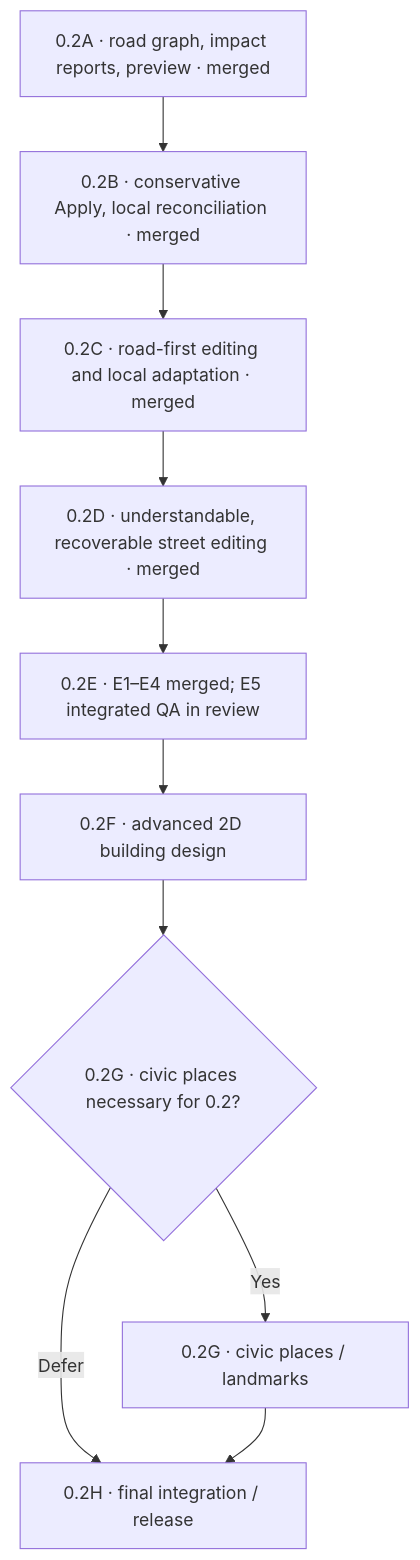
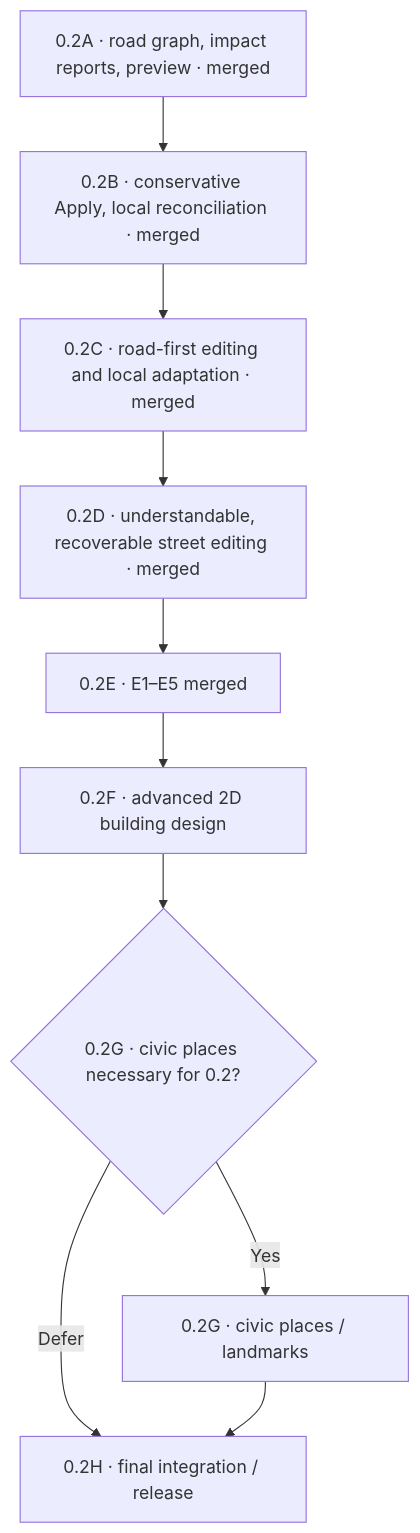
The diagram in docs/plans/0.2/README.md (xbwtyz/Mappo), drawn with Mermaid before and after one commit. The commit also changed other lines of this file and 14 other files, not shown here.

````diff
--- a/docs/plans/0.2/README.md
+++ b/docs/plans/0.2/README.md
@@ -15,12 +15,12 @@
 ```mermaid
 flowchart TD
   A["0.2A · road graph, impact reports, preview · merged"] --> B["0.2B · conservative Apply, local reconciliation · merged"]
   B --> C["0.2C · road-first editing and local adaptation · merged"]
   C --> D["0.2D · understandable, recoverable street editing · merged"]
-  D --> E["0.2E · E1–E4 merged; E5 integrated QA in review"]
+  D --> E["0.2E · E1–E5 merged"]
   E --> F["0.2F · advanced 2D building design"]
   F --> G{"0.2G · civic places necessary for 0.2?"}
   G -->|Yes| G1["0.2G · civic places / landmarks"]
   G -->|Defer| H["0.2H · final integration / release"]
   G1 --> H
 ```
````
